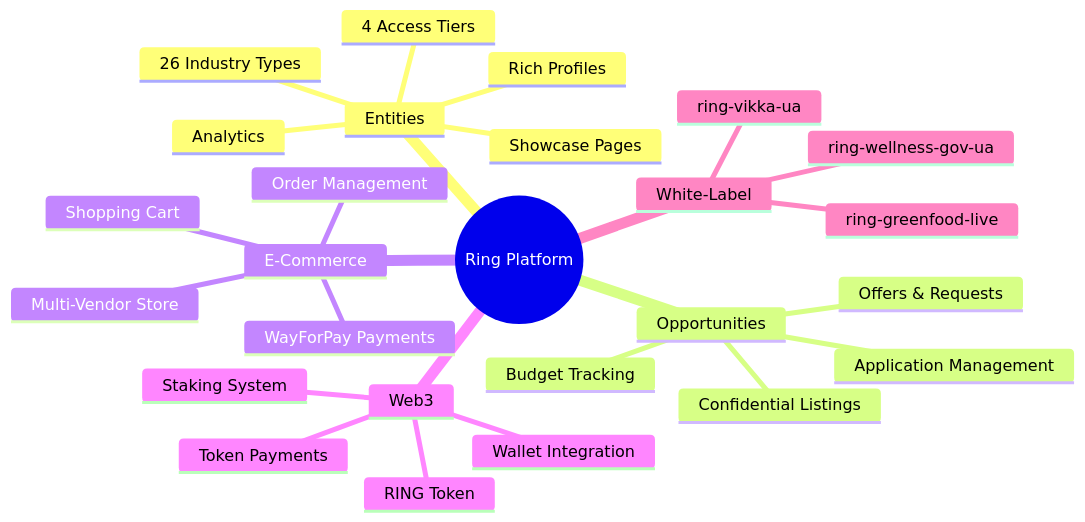
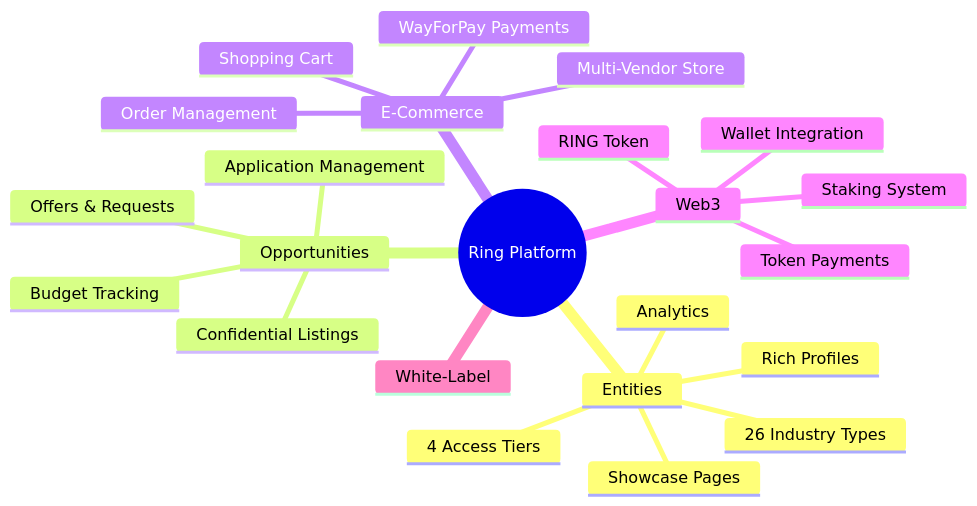
Before and after one commit to connectplatform/ring: the first of 10 diagrams in README.md, drawn with Mermaid. The commit also changed other lines of this file, not shown here.

````diff
--- a/README.md
+++ b/README.md
@@ -50,29 +50,26 @@
 ```mermaid
 mindmap
   root((Ring Platform))
     Entities
       26 Industry Types
       4 Access Tiers
       Rich Profiles
       Showcase Pages
       Analytics
     Opportunities
       Offers & Requests
       Budget Tracking
       Application Management
       Confidential Listings
     E-Commerce
       Multi-Vendor Store
       Shopping Cart
       WayForPay Payments
       Order Management
     Web3
       RING Token
       Wallet Integration
       Token Payments
       Staking System
     White-Label
-      ring-greenfood-live
-      ring-wellness-gov-ua
-      ring-vikka-ua
 ```
````
